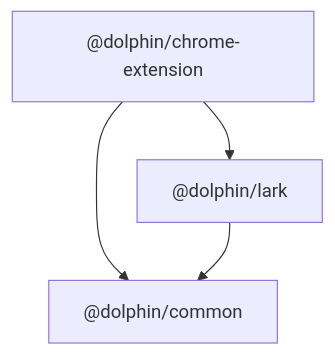
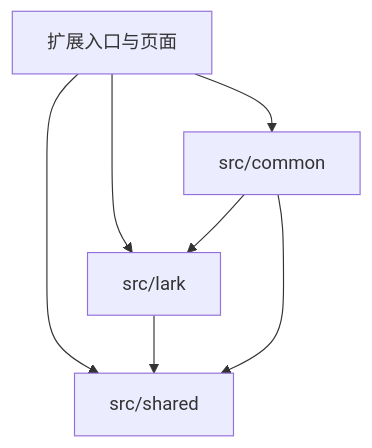
The second of 3 diagrams in docs/architecture-design.md (zhangpengfei-xyz/cloud-document-converter), drawn with Mermaid before and after one commit. The commit also changed other lines of this file and 51 other files, not shown here.

````diff
--- a/docs/architecture-design.md
+++ b/docs/architecture-design.md
@@ -74,6 +75,9 @@
 ```mermaid
 flowchart TD
-  Extension["@dolphin/chrome-extension"] --> Lark["@dolphin/lark"]
-  Extension --> Common["@dolphin/common"]
-  Lark --> Common
+  Extension["扩展入口与页面"] --> Lark["src/lark"]
+  Extension --> AppCommon["src/common"]
+  Extension --> Shared["src/shared"]
+  Lark --> Shared
+  AppCommon --> Lark
+  AppCommon --> Shared
 ```
````
